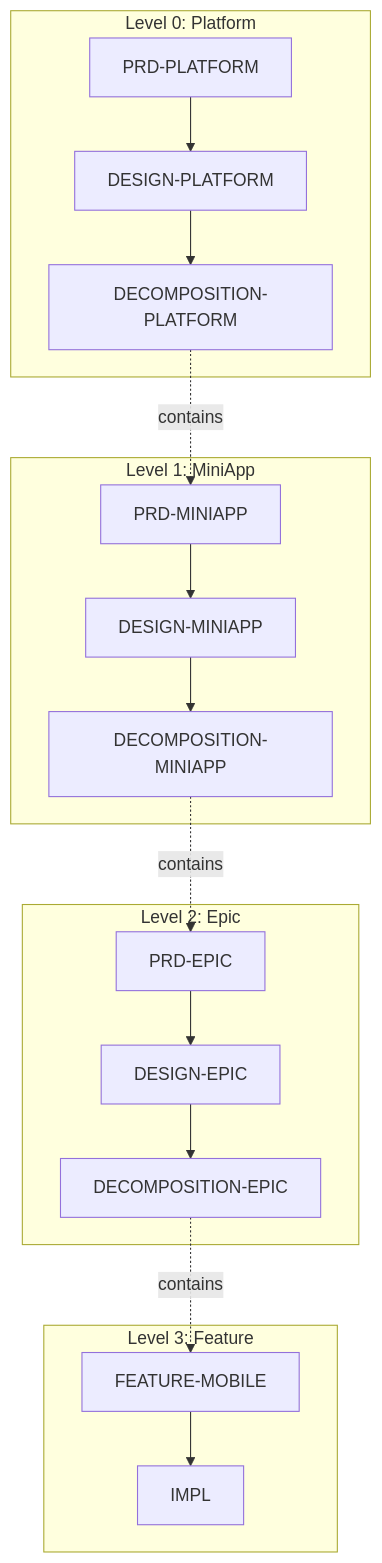
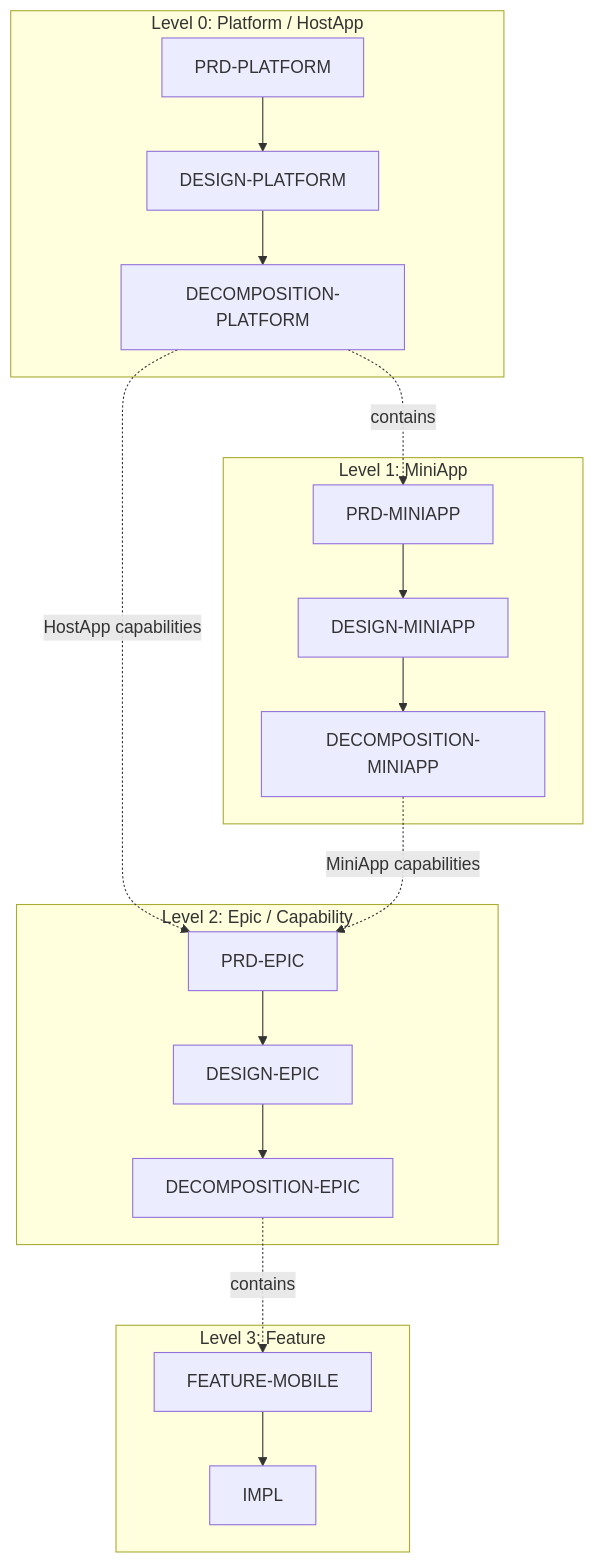
The diagram in guides/TAXONOMY.md (teslanika/cyber-pilot-kit-mobile-superapp), drawn with Mermaid before and after one commit. The commit also changed other lines of this file, not shown here.

First line of the commit message:
docs: add HostApp capabilities to TAXONOMY hierarchy

````diff
--- a/guides/TAXONOMY.md
+++ b/guides/TAXONOMY.md
@@ -9,25 +9,26 @@
 ```mermaid
 graph TB
-    subgraph L0[Level 0: Platform]
+    subgraph L0[Level 0: Platform / HostApp]
         PRD0[PRD-PLATFORM] --> DESIGN0[DESIGN-PLATFORM]
         DESIGN0 --> DECOMP0[DECOMPOSITION-PLATFORM]
     end
     
     subgraph L1[Level 1: MiniApp]
         PRD1[PRD-MINIAPP] --> DESIGN1[DESIGN-MINIAPP]
         DESIGN1 --> DECOMP1[DECOMPOSITION-MINIAPP]
     end
     
-    subgraph L2[Level 2: Epic]
+    subgraph L2[Level 2: Epic / Capability]
         PRD2[PRD-EPIC] --> DESIGN2[DESIGN-EPIC]
         DESIGN2 --> DECOMP2[DECOMPOSITION-EPIC]
     end
     
     subgraph L3[Level 3: Feature]
         FEATURE[FEATURE-MOBILE] --> IMPL[IMPL]
     end
     
+    DECOMP0 -.->|HostApp capabilities| PRD2
     DECOMP0 -.->|contains| PRD1
-    DECOMP1 -.->|contains| PRD2
+    DECOMP1 -.->|MiniApp capabilities| PRD2
     DECOMP2 -.->|contains| FEATURE
 ```
````
